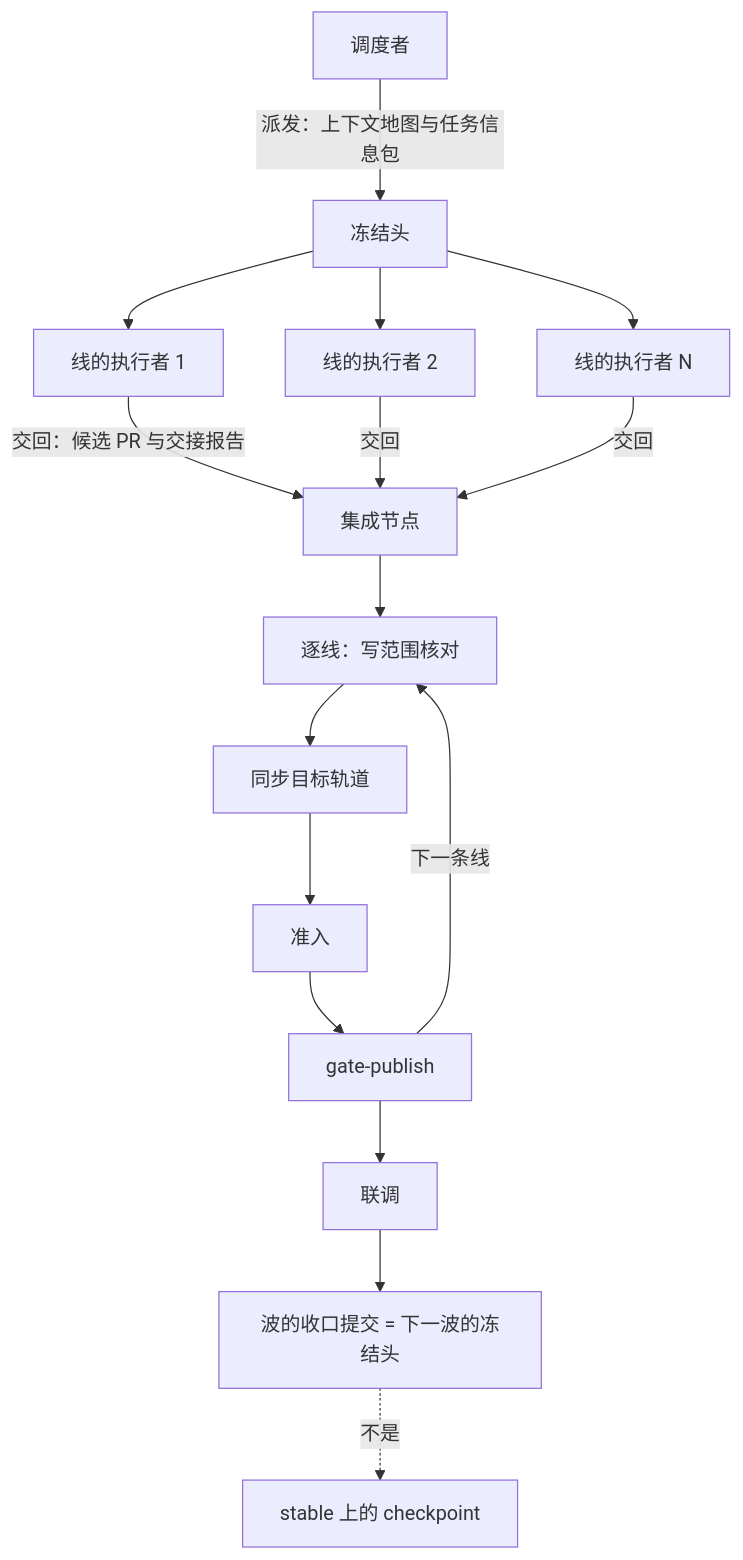
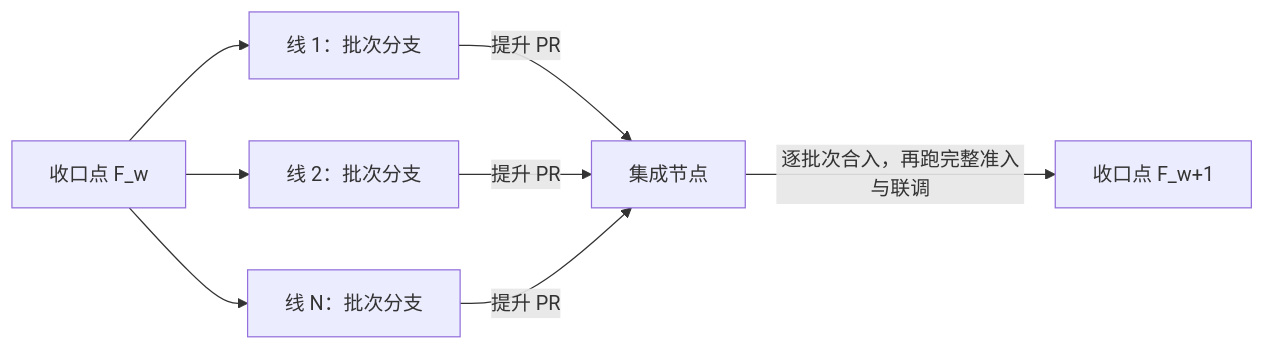
One commit to nemori-ai/omne-harness-lite changed the second of 2 diagrams in docs/engineering/integration.md. Above: the diagram before and after it, drawn with Mermaid. The commit also changed other lines of this file, not shown here.

````diff
--- a/docs/engineering/integration.md
+++ b/docs/engineering/integration.md
@@ -272,18 +272,10 @@
 ```mermaid
-flowchart TD
-  D["调度者"] -->|"派发：上下文地图与任务信息包"| F["冻结头"]
-  F --> L1["线的执行者 1"]
-  F --> L2["线的执行者 2"]
-  F --> LN["线的执行者 N"]
-  L1 -->|"交回：候选 PR 与交接报告"| N["集成节点"]
-  L2 -->|"交回"| N
-  LN -->|"交回"| N
-  N --> S1["逐线：写范围核对"]
-  S1 --> S2["同步目标轨道"]
-  S2 --> S3["准入"]
-  S3 --> S4["gate-publish"]
-  S4 -->|"下一条线"| S1
-  S4 --> J["联调"]
-  J --> R["波的收口提交 = 下一波的冻结头"]
-  R -.->|"不是"| C["stable 上的 checkpoint"]
+flowchart LR
+  F["收口点 F_w"] --> L1["线 1：批次分支"]
+  F --> L2["线 2：批次分支"]
+  F --> LN["线 N：批次分支"]
+  L1 -->|"提升 PR"| R["集成节点"]
+  L2 -->|"提升 PR"| R
+  LN -->|"提升 PR"| R
+  R -->|"逐批次合入，再跑完整准入与联调"| G["收口点 F_w+1"]
 ```
````
